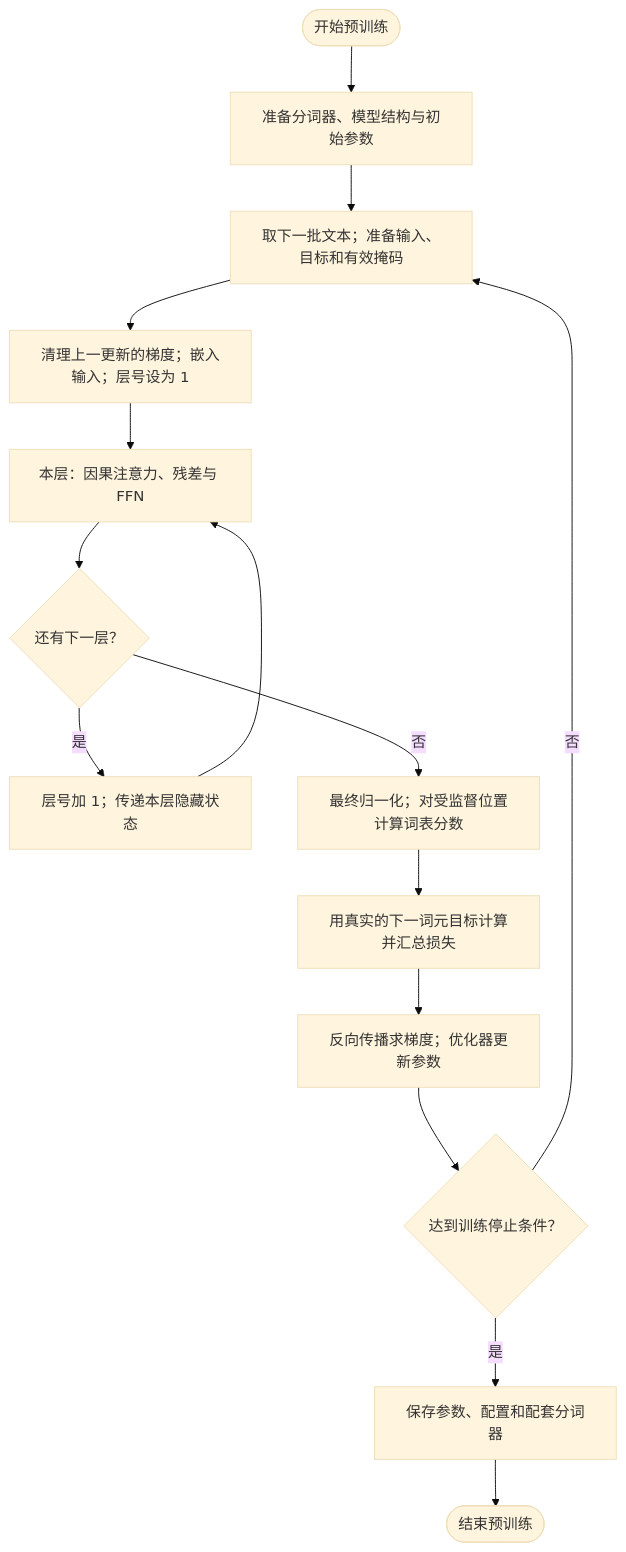
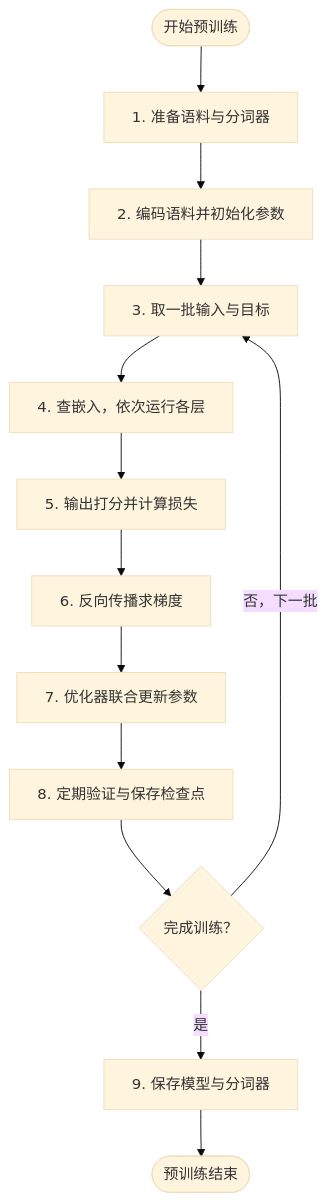
Before and after one commit to owen1699/ai-notes: the third of 15 diagrams in wiki/2026-11-01-大模型基础学习笔记.md, drawn with Mermaid (base theme). The commit also changed other lines of this file and 4 other files, not shown here.

````diff
--- a/wiki/2026-11-01-大模型基础学习笔记.md
+++ b/wiki/2026-11-01-大模型基础学习笔记.md
@@ -534,17 +542,15 @@
 ```mermaid
-flowchart TD
-    S(["开始预训练"]) --> A["准备分词器、模型结构与初始参数"]
-    A --> B["取下一批文本；准备输入、目标和有效掩码"]
-    B --> C["清理上一更新的梯度；嵌入输入；层号设为 1"]
-    C --> D["本层：因果注意力、残差与 FFN"]
-    D --> E{"还有下一层？"}
-    E -->|是| F["层号加 1；传递本层隐藏状态"]
-    F --> D
-    E -->|否| G["最终归一化；对受监督位置计算词表分数"]
-    G --> H["用真实的下一词元目标计算并汇总损失"]
-    H --> I["反向传播求梯度；优化器更新参数"]
-    I --> J{"达到训练停止条件？"}
-    J -->|否| B
-    J -->|是| K["保存参数、配置和配套分词器"]
-    K --> Z(["结束预训练"])
+flowchart TB
+    PT_START(["开始预训练"]) --> PT_DATA["1. 准备语料与分词器"]
+    PT_DATA --> PT_INIT["2. 编码语料并初始化参数"]
+    PT_INIT --> PT_BATCH["3. 取一批输入与目标"]
+    PT_BATCH --> PT_FORWARD["4. 查嵌入，依次运行各层"]
+    PT_FORWARD --> PT_LOSS["5. 输出打分并计算损失"]
+    PT_LOSS --> PT_BACK["6. 反向传播求梯度"]
+    PT_BACK --> PT_UPDATE["7. 优化器联合更新参数"]
+    PT_UPDATE --> PT_CHECK["8. 定期验证与保存检查点"]
+    PT_CHECK --> PT_DONE{"完成训练？"}
+    PT_DONE -->|"是"| PT_SAVE["9. 保存模型与分词器"]
+    PT_SAVE --> PT_END(["预训练结束"])
+    PT_DONE -->|"否，下一批"| PT_BATCH
 ```
````
